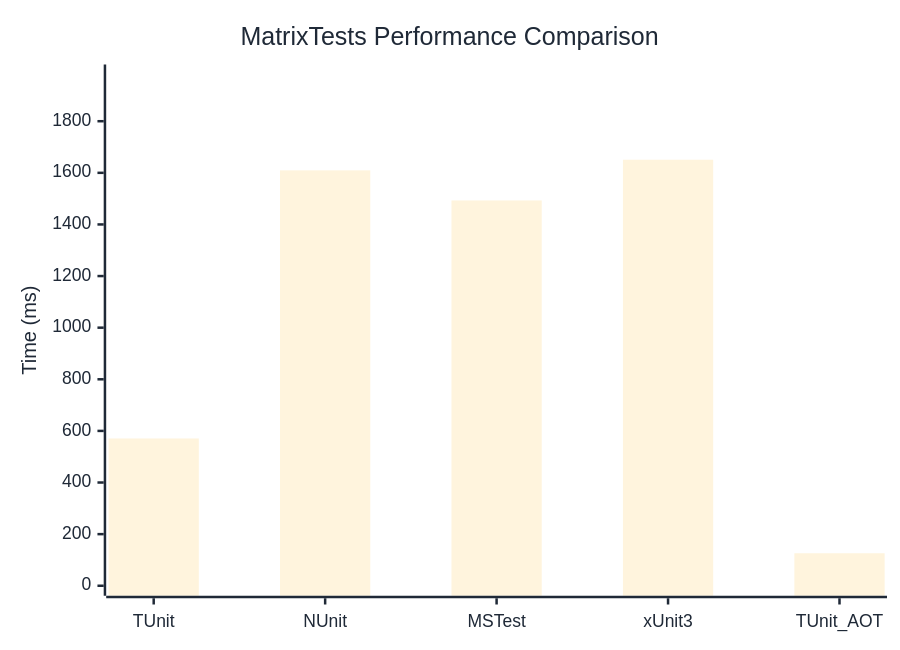
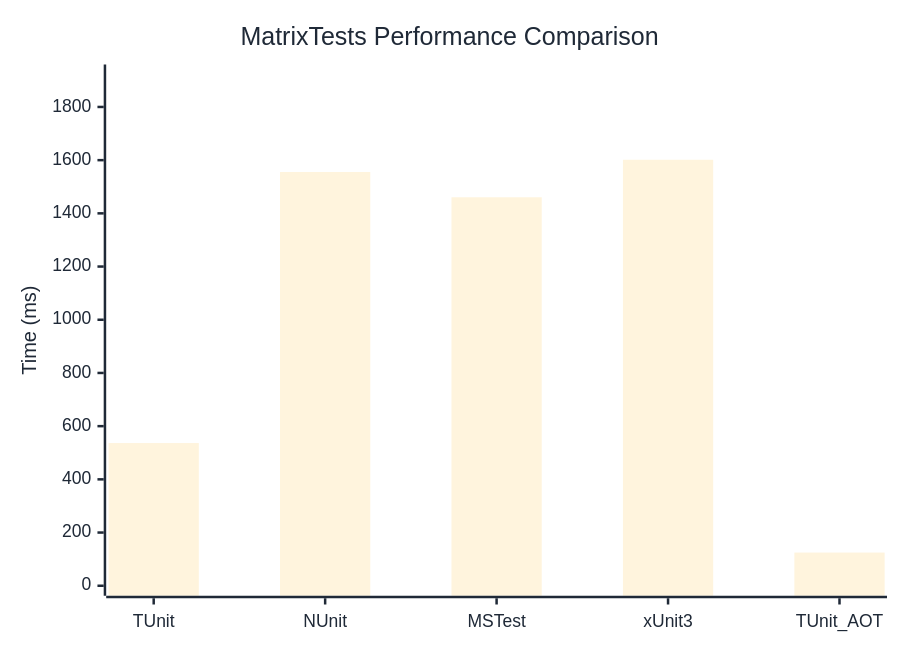
Before and after one commit to thomhurst/TUnit: the diagram in docs/docs/benchmarks/MatrixTests.md, drawn with Mermaid. The commit also changed other lines of this file and 16 other files, not shown here.

````diff
--- a/docs/docs/benchmarks/MatrixTests.md
+++ b/docs/docs/benchmarks/MatrixTests.md
@@ -27,37 +27,37 @@
 ```mermaid
 %%{init: {
   'theme':'base',
   'themeVariables': {
     'primaryColor': '#2563eb',
     'primaryTextColor': '#1f2937',
     'primaryBorderColor': '#1e40af',
     'lineColor': '#6b7280',
     'secondaryColor': '#7c3aed',
     'tertiaryColor': '#dc2626',
     'background': '#ffffff',
     'mainBkg': '#2563eb',
     'secondBkg': '#7c3aed',
     'tertiaryBkg': '#dc2626',
     'clusterBkg': '#f3f4f6',
     'edgeLabelBackground': '#ffffff',
     'tertiaryTextColor': '#1f2937',
     'pie1': '#2563eb',
     'pie2': '#7c3aed',
     'pie3': '#dc2626',
     'pie4': '#f59e0b',
     'pie5': '#10b981',
     'pie6': '#06b6d4',
     'pie7': '#ec4899',
     'pie8': '#6366f1',
     'pie9': '#84cc16',
     'pie10': '#f97316',
     'pie11': '#14b8a6',
     'pie12': '#a855f7'
   }
 }}%%
 xychart-beta
   title "MatrixTests Performance Comparison"
   x-axis ["TUnit", "NUnit", "MSTest", "xUnit3", "TUnit_AOT"]
-  y-axis "Time (ms)" 0 --> 1981
-  bar [570.7, 1609.6, 1493, 1650.8, 125.9]
+  y-axis "Time (ms)" 0 --> 1922
+  bar [536.5, 1555.4, 1460.4, 1601.5, 124.8]
 ```
````
